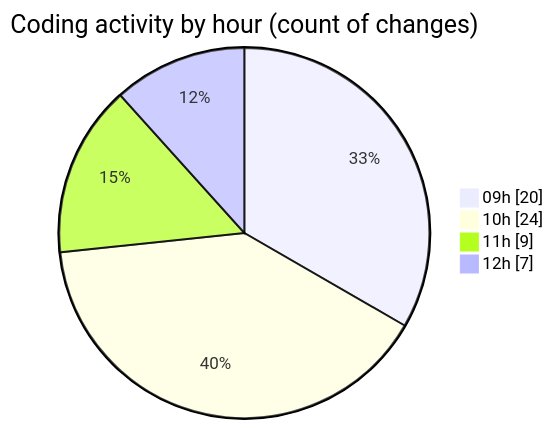
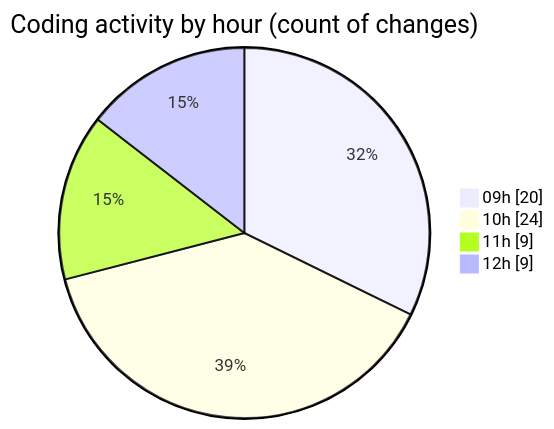
One commit to momahboobian/code-tracking changed the second of 2 diagrams in 2025-05-19/cda/README.md. Above: the diagram before and after it, drawn with Mermaid. The commit also changed other lines of this file and 1 other file, not shown here.

````diff
--- a/2025-05-19/cda/README.md
+++ b/2025-05-19/cda/README.md
@@ -39,8 +39,8 @@
 ```mermaid
 pie showData
 title Coding activity by hour (count of changes)
 "09h" : 20
 "10h" : 24
 "11h" : 9
-"12h" : 7
+"12h" : 9
 ```
````
